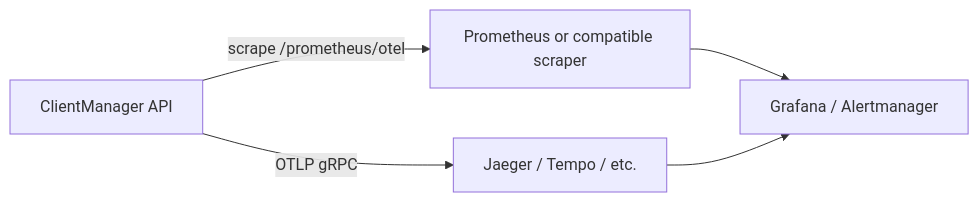
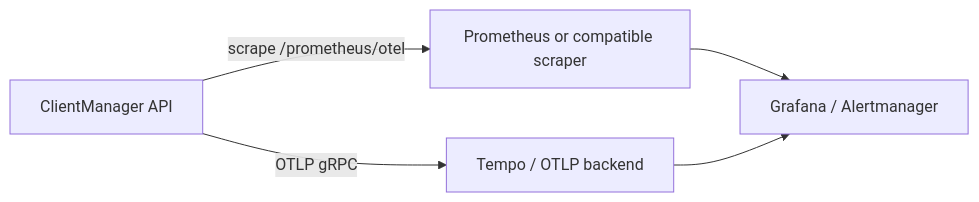
Before and after one commit to ShaharMS/ClientManager: the diagram in docs/metrics-integration-guide.md, drawn with Mermaid. The commit also changed other lines of this file and 23 other files, not shown here.

````diff
--- a/docs/metrics-integration-guide.md
+++ b/docs/metrics-integration-guide.md
@@ -17,12 +17,12 @@
 ```mermaid
 flowchart LR
     api[ClientManager API]
     prom[Prometheus or compatible scraper]
     graf[Grafana / Alertmanager]
-    jaeger[Jaeger / Tempo / etc.]
+    tempo[Tempo / OTLP backend]
 
     api -->|scrape /prometheus/otel| prom
-    api -->|OTLP gRPC| jaeger
+    api -->|OTLP gRPC| tempo
     prom --> graf
-    jaeger --> graf
+    tempo --> graf
 ```
````
